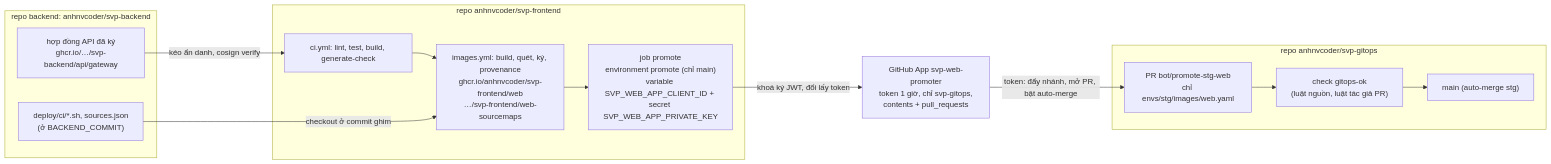
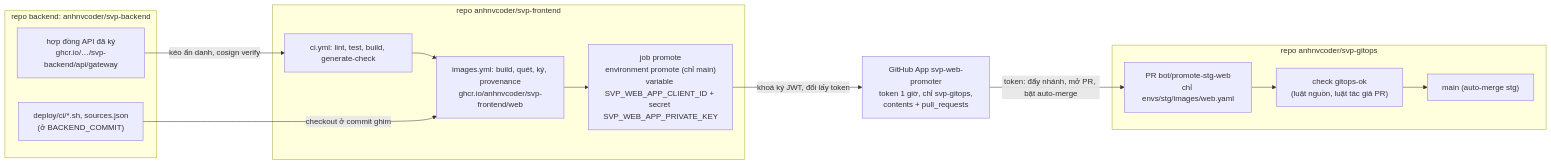
The diagram in docs/runbooks/svp-frontend-setup.md (anhnvcoder/svp-backend), drawn with Mermaid before and after one commit. The commit also changed other lines of this file and 112 other files, not shown here.

````diff
--- a/docs/runbooks/svp-frontend-setup.md
+++ b/docs/runbooks/svp-frontend-setup.md
@@ -21,19 +21,19 @@
 ```mermaid
 flowchart LR
   subgraph be["repo backend: anhnvcoder/svp-backend"]
     contract["hợp đồng API đã ký<br/>ghcr.io/…/svp-backend/api/gateway"]
     scripts["deploy/ci/*.sh, sources.json<br/>(ở BACKEND_COMMIT)"]
   end
   subgraph web["repo anhnvcoder/svp-frontend"]
-    ci["ci.yml: lint, test, build, generate-check"] --> img["images.yml: build, quét, ký, provenance<br/>ghcr.io/anhnvcoder/svp-frontend/web<br/>…/svp-frontend/web-sourcemaps"]
+    ci["ci.yml: lint, test, build, generate-check"] --> img["images.yml: build, quét, ký, provenance<br/>ghcr.io/anhnvcoder/svp-frontend/web"]
     img --> promote["job promote<br/>environment promote (chỉ main)<br/>variable SVP_WEB_APP_CLIENT_ID + secret SVP_WEB_APP_PRIVATE_KEY"]
   end
   app["GitHub App svp-web-promoter<br/>token 1 giờ, chỉ svp-gitops,<br/>contents + pull_requests"]
   subgraph gitops["repo anhnvcoder/svp-gitops"]
     pr["PR bot/promote-stg-web<br/>chỉ envs/stg/images/web.yaml"] --> rules["check gitops-ok<br/>(luật nguồn, luật tác giả PR)"] --> main["main (auto-merge stg)"]
   end
   contract -- "kéo ẩn danh, cosign verify" --> ci
   scripts -- "checkout ở commit ghim" --> img
   promote -- "khoá ký JWT, đổi lấy token" --> app
   app -- "token: đẩy nhánh, mở PR, bật auto-merge" --> pr
 ```
````
